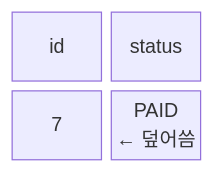
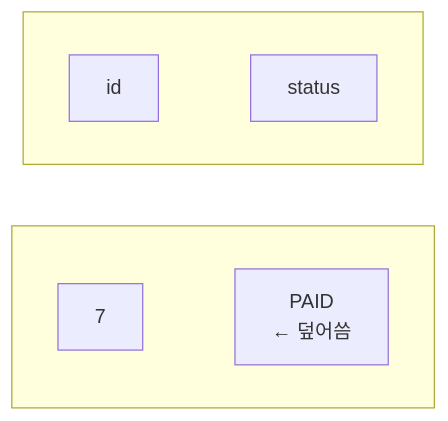
The second of 4 diagrams in content/knowledge/Backend/Architecture/distributed-data-patterns.md (HerrineKim/riverlog), drawn with Mermaid before and after one commit. The commit also changed 5 other files, not shown here.

First line of the commit message:
docs(knowledge): block-beta 다이어그램을 flowchart로 (일부)

````diff
--- a/content/knowledge/Backend/Architecture/distributed-data-patterns.md
+++ b/content/knowledge/Backend/Architecture/distributed-data-patterns.md
@@ -90,6 +90,12 @@
 ```mermaid
-block-beta
-  columns 2
-  h1["id"] h2["status"]
-  v1["7"] v2["PAID<br>← 덮어씀"]
+flowchart TB
+  subgraph row1[" "]
+    direction LR
+    h1["id"] ~~~ h2["status"]
+  end
+  subgraph row2[" "]
+    direction LR
+    v1["7"] ~~~ v2["PAID<br/>← 덮어씀"]
+  end
+  row1 ~~~ row2
 ```
````
